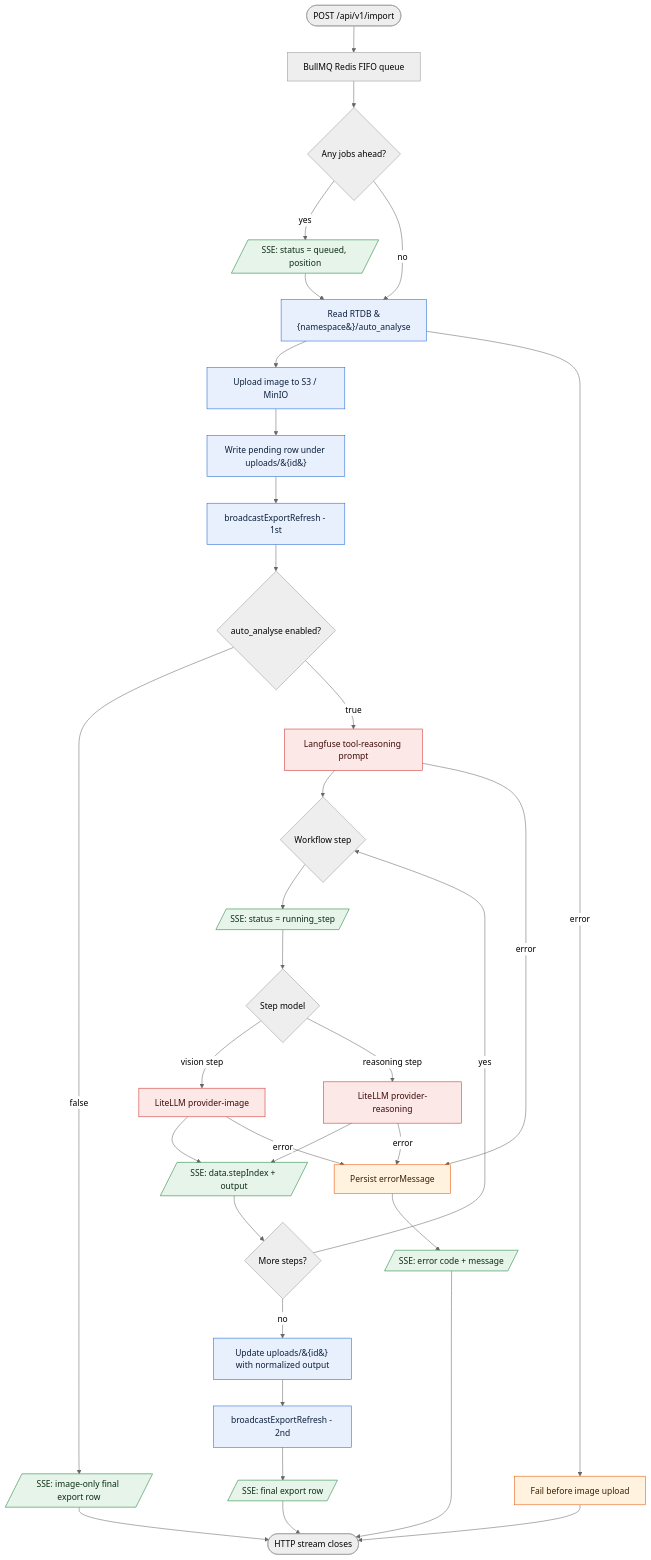
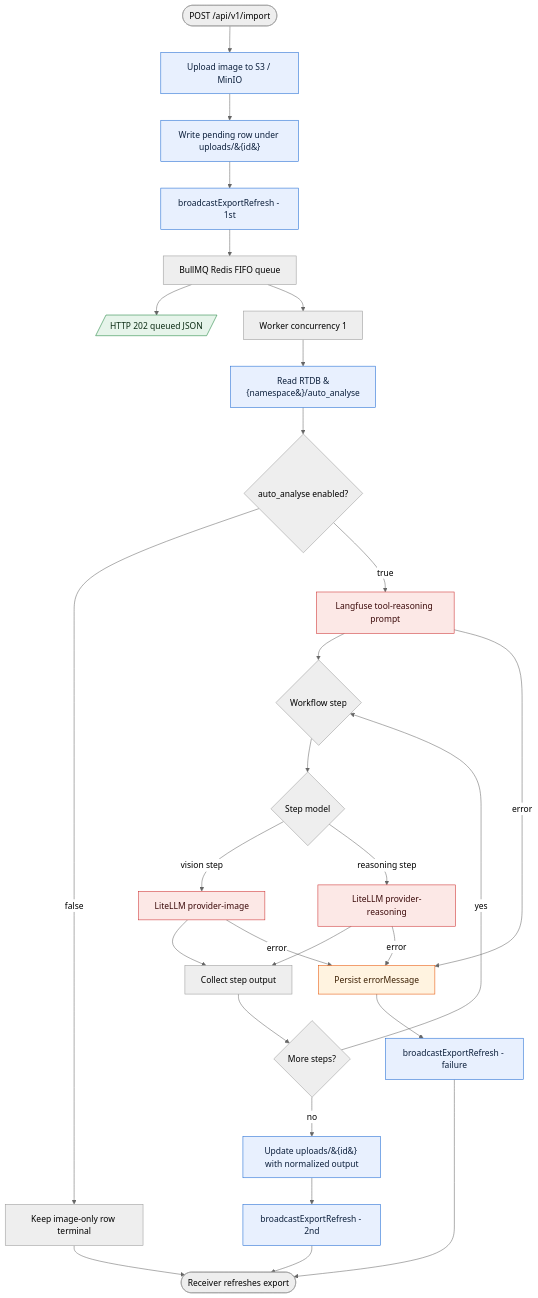
One commit to lowjungxuan98/AirEye changed the diagram in docs/workflow.md. Above: the diagram before and after it, drawn with Mermaid (neutral theme). The commit also changed other lines of this file and 45 other files, not shown here.

Commit message:
Release queued imports and image normalization

````diff
--- a/docs/workflow.md
+++ b/docs/workflow.md
@@ -24,46 +26,41 @@
 ```mermaid
 flowchart TD
-    Start([POST /api/v1/import]) --> Queue[BullMQ Redis FIFO queue]
-    Queue --> Queued{Any jobs ahead?}
-    Queued -- yes --> EmitQueued[/SSE: status = queued, position/]
-    EmitQueued --> AutoAnalyseFlag[Read RTDB &#123;namespace&#125;/auto_analyse]
-    Queued -- no --> AutoAnalyseFlag
-    AutoAnalyseFlag --> S3[Upload image to S3 / MinIO]
+    Start([POST /api/v1/import]) --> S3[Upload image to S3 / MinIO]
     S3 --> RTDB1[Write pending row under uploads/&#123;id&#125;]
     RTDB1 --> FCM1[broadcastExportRefresh - 1st]
-    FCM1 --> AutoAnalyseEnabled{auto_analyse enabled?}
-    AutoAnalyseEnabled -- false --> EmitImageOnly[/SSE: image-only final export row/]
-    EmitImageOnly --> Done([HTTP stream closes])
+    FCM1 --> Queue[BullMQ Redis FIFO queue]
+    Queue --> Accepted[/HTTP 202 queued JSON/]
+    Queue --> Worker[Worker concurrency 1]
+    Worker --> AutoAnalyseFlag[Read RTDB &#123;namespace&#125;/auto_analyse]
+    AutoAnalyseFlag --> AutoAnalyseEnabled{auto_analyse enabled?}
+    AutoAnalyseEnabled -- false --> ImageOnly[Keep image-only row terminal]
     AutoAnalyseEnabled -- true --> Plan[Langfuse tool-reasoning prompt]
     Plan --> StepLoop{Workflow step}
-    StepLoop --> Running[/SSE: status = running_step/]
-    Running --> StepModel{Step model}
+    StepLoop --> StepModel{Step model}
     StepModel -- vision step --> Vision[LiteLLM provider-image]
     StepModel -- reasoning step --> Reasoning[LiteLLM provider-reasoning]
-    Vision --> Output[/SSE: data.stepIndex + output/]
+    Vision --> Output[Collect step output]
     Reasoning --> Output
     Output --> More{More steps?}
     More -- yes --> StepLoop
     More -- no --> RTDB2[Update uploads/&#123;id&#125; with normalized output]
     RTDB2 --> FCM2[broadcastExportRefresh - 2nd]
-    FCM2 --> EmitRow[/SSE: final export row/]
-    EmitRow --> Done
+    FCM2 --> Done([Receiver refreshes export])
 
-    AutoAnalyseFlag -- error --> PreflightError[Fail before image upload]
-    PreflightError --> Done
+    ImageOnly --> Done
     Plan -- error --> ErrorPath[Persist errorMessage]
     Vision -- error --> ErrorPath
     Reasoning -- error --> ErrorPath
-    ErrorPath --> EmitError[/SSE: error code + message/]
-    EmitError --> Done
+    ErrorPath --> FCM3[broadcastExportRefresh - failure]
+    FCM3 --> Done
 
     classDef llm fill:#fce8e6,stroke:#cc2c2c,color:#3b0a0a
-    classDef sse fill:#e6f4ea,stroke:#188038,color:#0c2c14
+    classDef http fill:#e6f4ea,stroke:#188038,color:#0c2c14
     classDef store fill:#e8f0fe,stroke:#1967d2,color:#0c1f3b
     classDef err fill:#fff3e0,stroke:#e65100,color:#3b1e00
 
     class Plan,Vision,Reasoning llm
-    class EmitQueued,Running,Output,EmitRow,EmitImageOnly,EmitError sse
-    class AutoAnalyseFlag,S3,RTDB1,RTDB2,FCM1,FCM2 store
-    class ErrorPath,PreflightError err
+    class Accepted http
+    class AutoAnalyseFlag,S3,RTDB1,RTDB2,FCM1,FCM2,FCM3 store
+    class ErrorPath err
 ```
````
